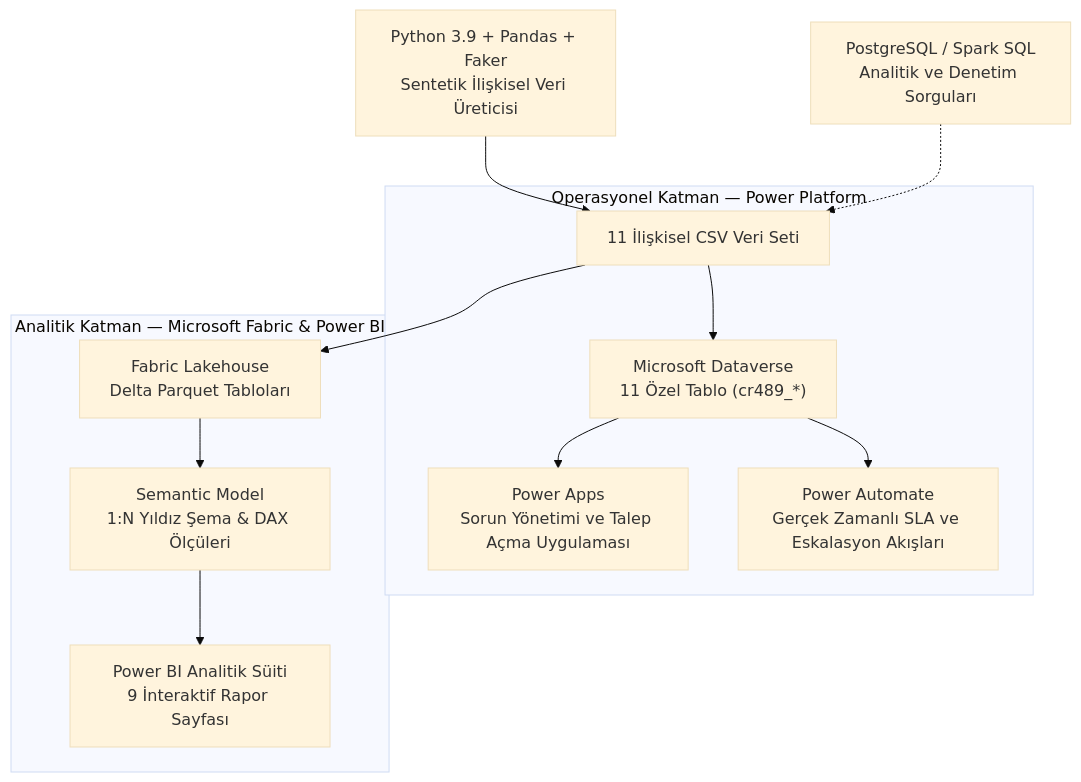
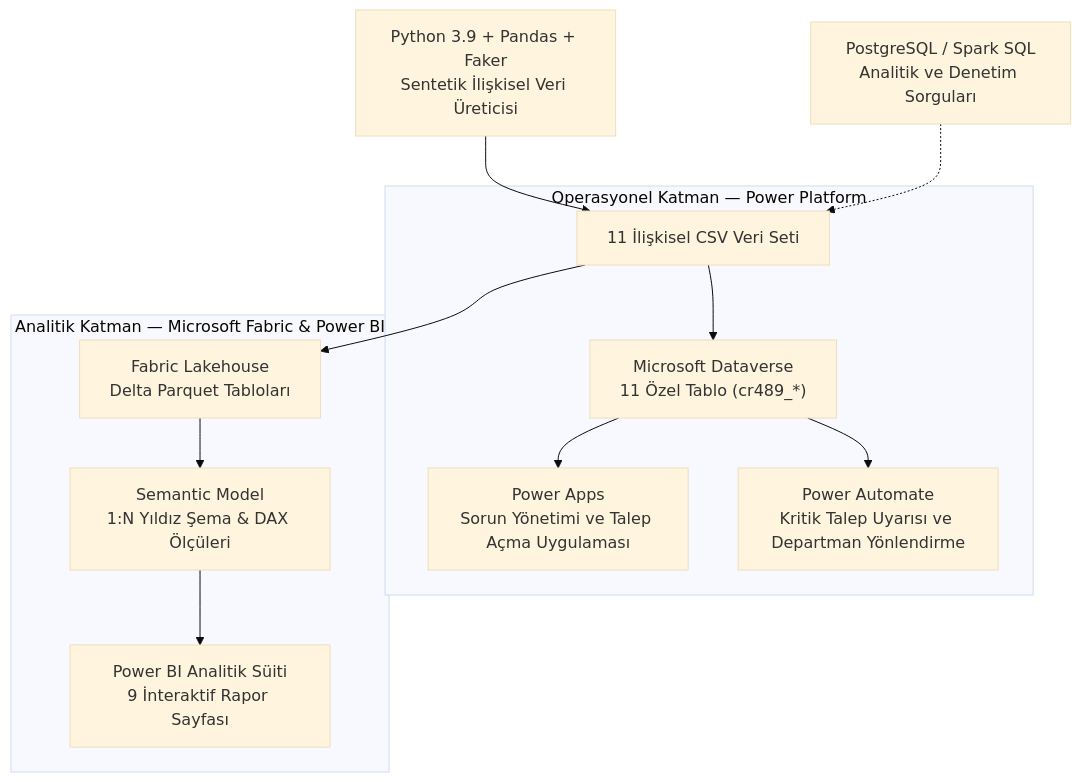
The first of 4 diagrams in README.md (efehakanyildiz/opsinsight-power-platform), drawn with Mermaid (base theme) before and after one commit. The commit also changed other lines of this file and 3 other files, not shown here.

Commit message:
docs(power-automate): kritik talep uyarısı ve departman yönlendirme akışını Mermaid diyagramıyla belgele

````diff
--- a/README.md
+++ b/README.md
@@ -52,18 +52,18 @@
 ```mermaid
 flowchart TD
     PY["Python 3.9 + Pandas + Faker<br/>Sentetik İlişkisel Veri Üreticisi"] --> CSV["11 İlişkisel CSV Veri Seti"]
 
     subgraph OP["Operasyonel Katman — Power Platform"]
         CSV --> DV["Microsoft Dataverse<br/>11 Özel Tablo (cr489_*)"]
         DV --> PA["Power Apps<br/>Sorun Yönetimi ve Talep Açma Uygulaması"]
-        DV --> PF["Power Automate<br/>Gerçek Zamanlı SLA ve Eskalasyon Akışları"]
+        DV --> PF["Power Automate<br/>Kritik Talep Uyarısı ve Departman Yönlendirme"]
     end
 
     subgraph AN["Analitik Katman — Microsoft Fabric & Power BI"]
         CSV --> LH["Fabric Lakehouse<br/>Delta Parquet Tabloları"]
         LH --> SM["Semantic Model<br/>1:N Yıldız Şema & DAX Ölçüleri"]
         SM --> PBI["Power BI Analitik Süiti<br/>9 İnteraktif Rapor Sayfası"]
     end
 
     SQL["PostgreSQL / Spark SQL<br/>Analitik ve Denetim Sorguları"] -.-> CSV
 ```
````
